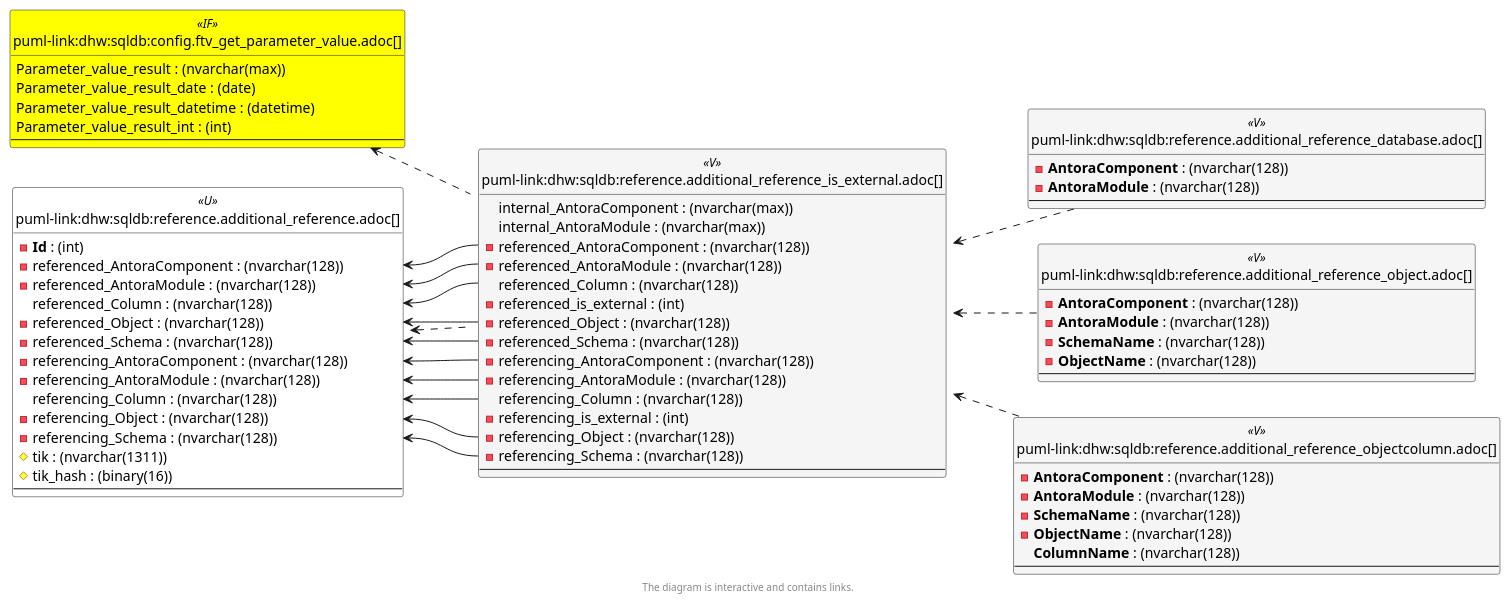
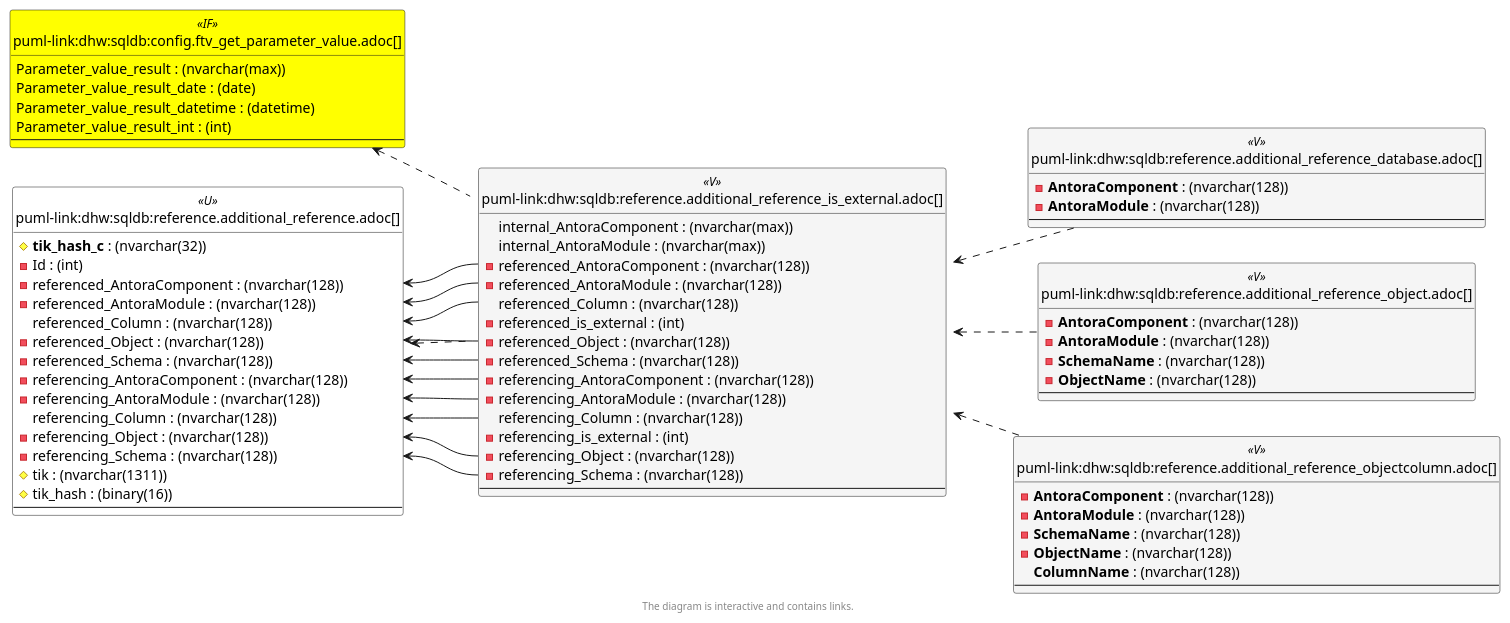
One commit to DataHandwerk/dhw-antora-sqldb changed the sixth of 6 diagrams in docs/modules/sqldb/partials/content/reference.additional_reference_is_external.adoc. Above: the diagram before and after it, drawn with PlantUML. The commit also changed other lines of this file and 751 other files, not shown here.

```diff
--- a/docs/modules/sqldb/partials/content/reference.additional_reference_is_external.adoc
+++ b/docs/modules/sqldb/partials/content/reference.additional_reference_is_external.adoc
@@ -3672,7 +3707,8 @@
 }
 
 entity "puml-link:dhw:sqldb:reference.additional_reference.adoc[]" as reference.additional_Reference << U >> {
-  - **Id** : (int)
+  # **tik_hash_c** : (nvarchar(32))
+  - Id : (int)
   - referenced_AntoraComponent : (nvarchar(128))
   - referenced_AntoraModule : (nvarchar(128))
   referenced_Column : (nvarchar(128))
@@ -3731,9 +3767,9 @@
 
 config.ftv_get_parameter_value <.. reference.additional_Reference_is_external
 reference.additional_Reference <.. reference.additional_Reference_is_external
+reference.additional_Reference_is_external <.. reference.additional_Reference_database
 reference.additional_Reference_is_external <.. reference.additional_Reference_ObjectColumn
 reference.additional_Reference_is_external <.. reference.additional_Reference_Object
-reference.additional_Reference_is_external <.. reference.additional_Reference_database
 "reference.additional_Reference::referenced_AntoraComponent" <-- "reference.additional_Reference_is_external::referenced_AntoraComponent"
 "reference.additional_Reference::referenced_AntoraModule" <-- "reference.additional_Reference_is_external::referenced_AntoraModule"
 "reference.additional_Reference::referenced_Column" <-- "reference.additional_Reference_is_external::referenced_Column"
```
